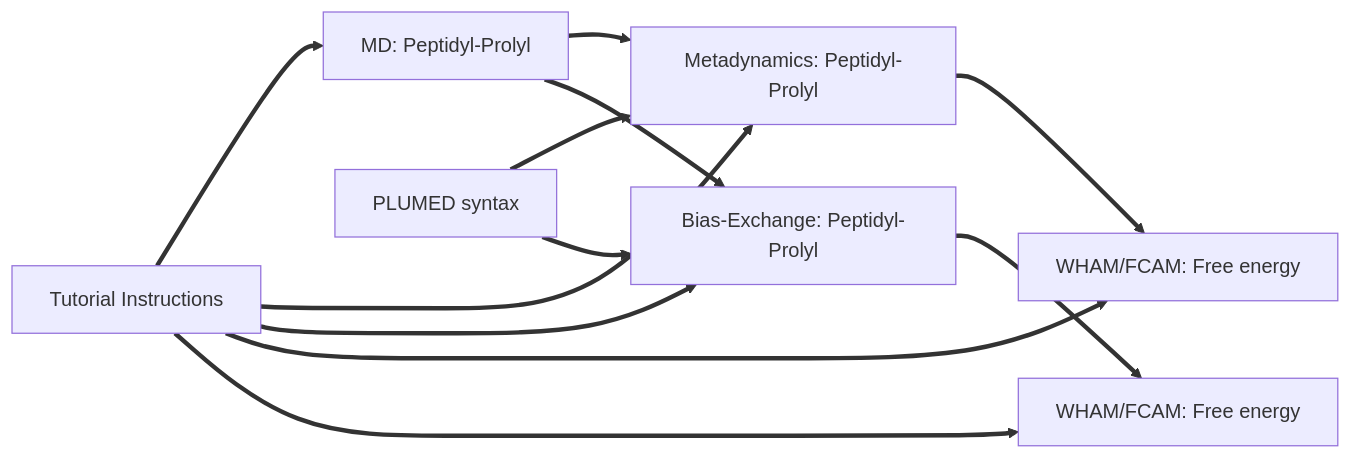
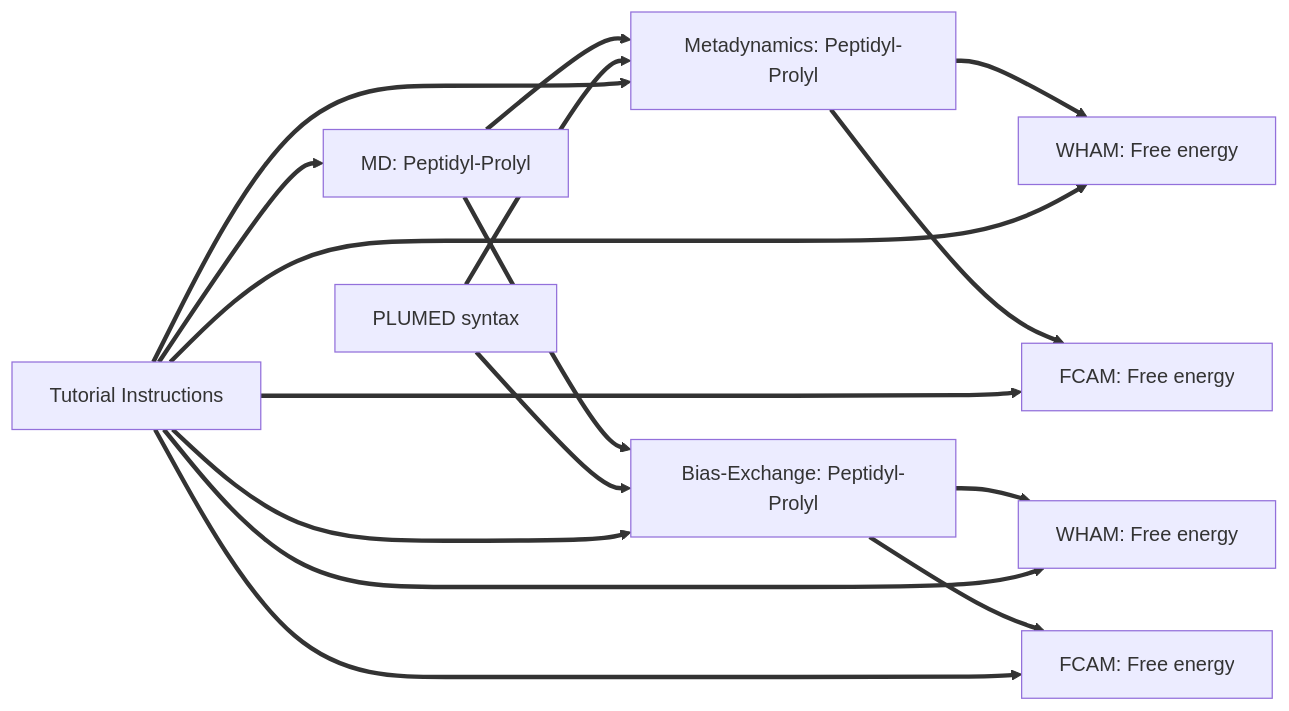
One commit to fabsugar/plumed-tutorial-be-aapak changed the diagram in NAVIGATION.md. Above: the diagram before and after it, drawn with Mermaid.

````diff
--- a/NAVIGATION.md
+++ b/NAVIGATION.md
@@ -1,15 +1,19 @@
 ```mermaid
 flowchart LR
 A[MD: Peptidyl-Prolyl] ==> B[Metadynamics: Peptidyl-Prolyl]
 A[MD: Peptidyl-Prolyl] ==> C[Bias-Exchange: Peptidyl-Prolyl]
 D[PLUMED syntax] ==> B[Metadynamics: Peptidyl-Prolyl]
 D[PLUMED syntax] ==> C[Bias-Exchange: Peptidyl-Prolyl]
-B[Metadynamics: Peptidyl-Prolyl]==>E[WHAM/FCAM: Free energy]
-C[Bias-Exchange: Peptidyl-Prolyl]==>F[WHAM/FCAM: Free energy]
+B[Metadynamics: Peptidyl-Prolyl]==>E[WHAM: Free energy]
+C[Bias-Exchange: Peptidyl-Prolyl]==>F[WHAM: Free energy]
+B[Metadynamics: Peptidyl-Prolyl]==>H[FCAM: Free energy]
+C[Bias-Exchange: Peptidyl-Prolyl]==>I[FCAM: Free energy]
 G[Tutorial Instructions]==>A[MD: Peptidyl-Prolyl]
 G[Tutorial Instructions]==>B[Metadynamics: Peptidyl-Prolyl]
 G[Tutorial Instructions]==>C[Bias-Exchange: Peptidyl-Prolyl]
-G[Tutorial Instructions]==>E[WHAM/FCAM: Free energy]
-G[Tutorial Instructions]==>F[WHAM/FCAM: Free energy]
+G[Tutorial Instructions]==>E[WHAM: Free energy]
+G[Tutorial Instructions]==>F[WHAM: Free energy]
+G[Tutorial Instructions]==>H[FCAM: Free energy]
+G[Tutorial Instructions]==>I[FCAM: Free energy]
 click D "tute" "A tutorial on the basic plumed syntax"
 ```
````
